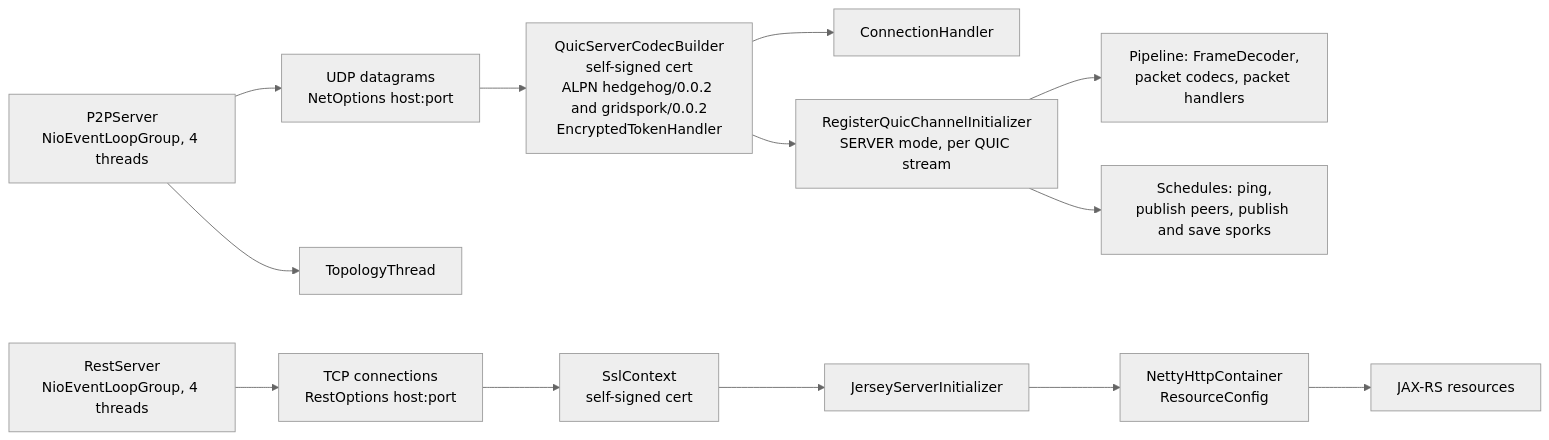
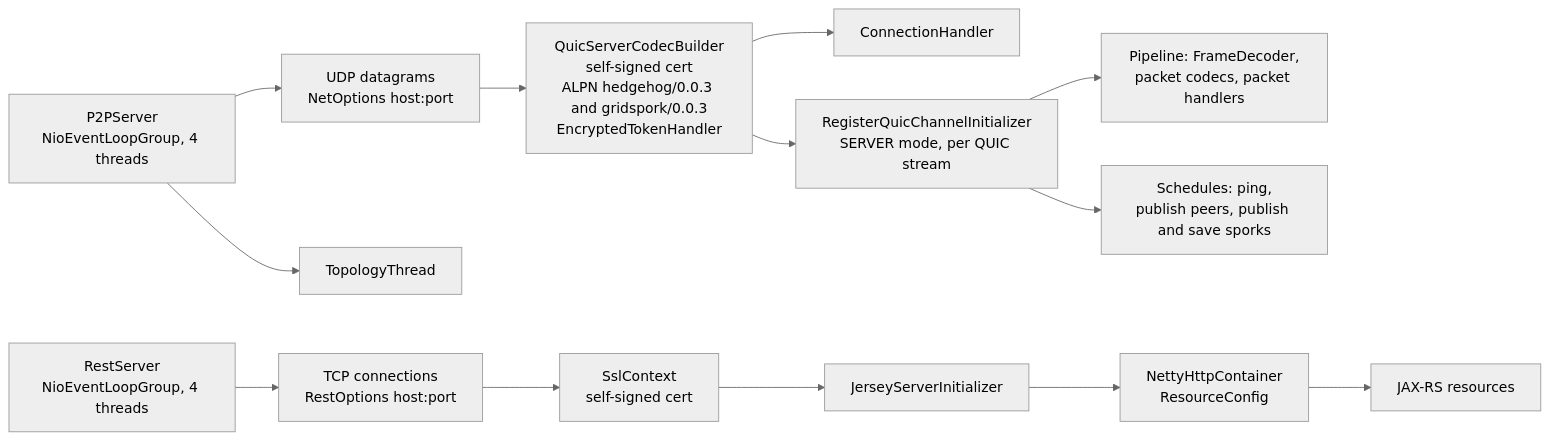
The second of 4 diagrams in documentation/architecture.md (unigrid-project/hedgehog), drawn with Mermaid (neutral theme) before and after one commit. The commit also changed other lines of this file and 3 other files, not shown here.

````diff
--- a/documentation/architecture.md
+++ b/documentation/architecture.md
@@ -341,16 +343,16 @@
 ```mermaid
 flowchart LR
-    UDP["UDP datagrams<br/>NetOptions host:port"] --> QC["QuicServerCodecBuilder<br/>self-signed cert<br/>ALPN hedgehog/0.0.2 and gridspork/0.0.2<br/>EncryptedTokenHandler"]
+    UDP["UDP datagrams<br/>NetOptions host:port"] --> QC["QuicServerCodecBuilder<br/>self-signed cert<br/>ALPN hedgehog/0.0.3 and gridspork/0.0.3<br/>EncryptedTokenHandler"]
     QC --> CH["ConnectionHandler"]
     QC --> RI["RegisterQuicChannelInitializer<br/>SERVER mode, per QUIC stream"]
     RI --> PIPE["Pipeline: FrameDecoder,<br/>packet codecs, packet handlers"]
     RI --> SCH["Schedules: ping,<br/>publish peers, publish and save sporks"]
     P2PS["P2PServer<br/>NioEventLoopGroup, 4 threads"] --> UDP
     P2PS --> TT["TopologyThread"]
 
     TCP["TCP connections<br/>RestOptions host:port"] --> TLS["SslContext<br/>self-signed cert"]
     TLS --> JI["JerseyServerInitializer"]
     JI --> NC["NettyHttpContainer<br/>ResourceConfig"]
     NC --> RES["JAX-RS resources"]
     RSRV["RestServer<br/>NioEventLoopGroup, 4 threads"] --> TCP
 ```
````
